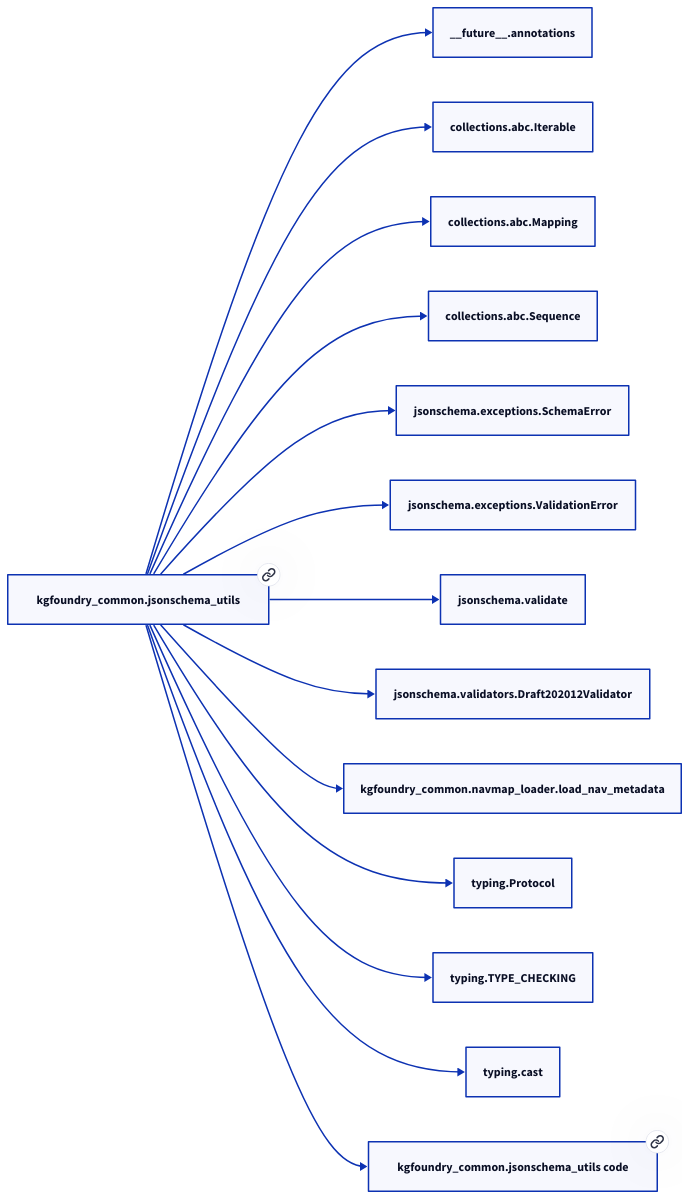
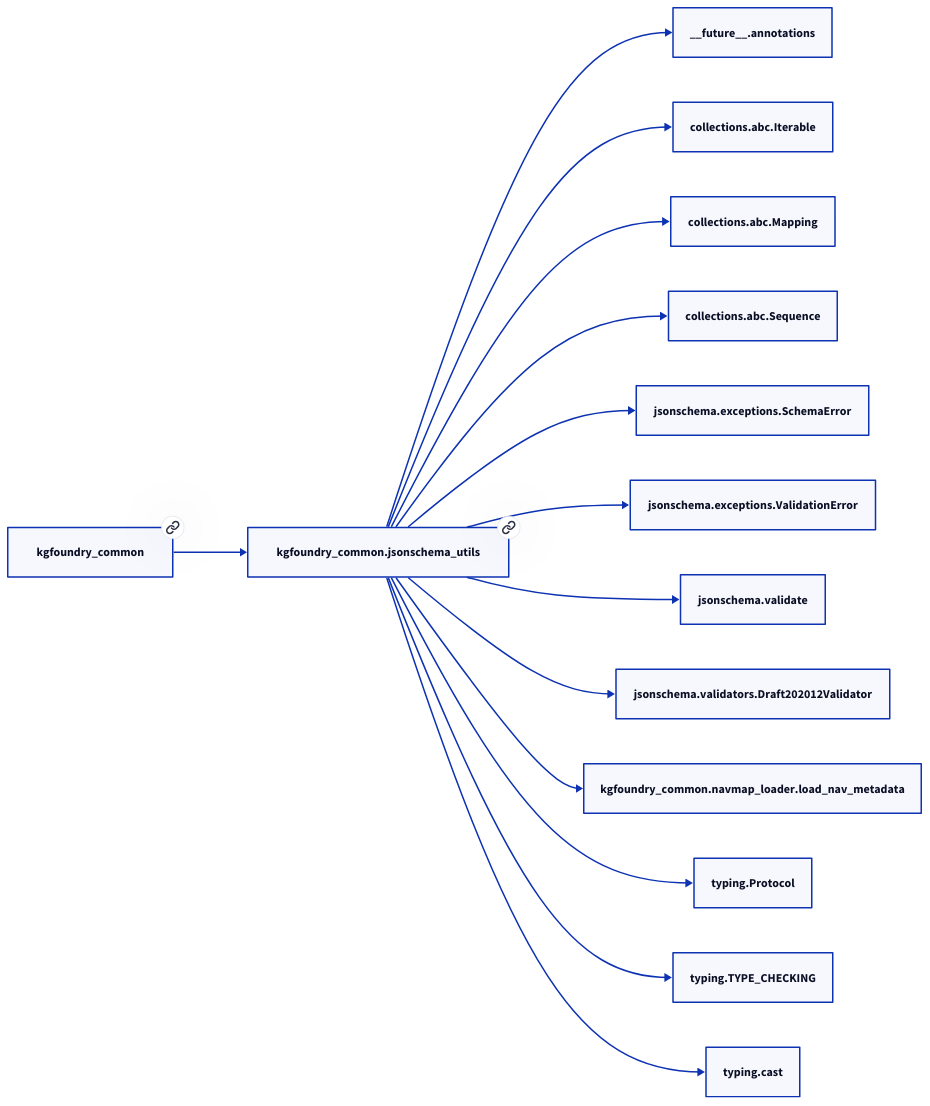
Before and after one commit to paul-heyse/kgforge: the second of 2 diagrams in docs/modules/kgfoundry_common/jsonschema_utils.md, drawn with D2. The commit also changed other lines of this file and 208 other files, not shown here.

````diff
--- a/docs/modules/kgfoundry_common/jsonschema_utils.md
+++ b/docs/modules/kgfoundry_common/jsonschema_utils.md
@@ -57,30 +61,30 @@
 ```d2
 direction: right
-"kgfoundry_common.jsonschema_utils": "kgfoundry_common.jsonschema_utils" { link: "./kgfoundry_common/jsonschema_utils.md" }
+"kgfoundry_common.jsonschema_utils": "kgfoundry_common.jsonschema_utils" { link: "https://github.com/paul-heyse/kgfoundry/blob/main/src/kgfoundry_common/jsonschema_utils.py" }
 "__future__.annotations": "__future__.annotations"
 "kgfoundry_common.jsonschema_utils" -> "__future__.annotations"
 "collections.abc.Iterable": "collections.abc.Iterable"
 "kgfoundry_common.jsonschema_utils" -> "collections.abc.Iterable"
 "collections.abc.Mapping": "collections.abc.Mapping"
 "kgfoundry_common.jsonschema_utils" -> "collections.abc.Mapping"
 "collections.abc.Sequence": "collections.abc.Sequence"
 "kgfoundry_common.jsonschema_utils" -> "collections.abc.Sequence"
 "jsonschema.exceptions.SchemaError": "jsonschema.exceptions.SchemaError"
 "kgfoundry_common.jsonschema_utils" -> "jsonschema.exceptions.SchemaError"
 "jsonschema.exceptions.ValidationError": "jsonschema.exceptions.ValidationError"
 "kgfoundry_common.jsonschema_utils" -> "jsonschema.exceptions.ValidationError"
 "jsonschema.validate": "jsonschema.validate"
 "kgfoundry_common.jsonschema_utils" -> "jsonschema.validate"
 "jsonschema.validators.Draft202012Validator": "jsonschema.validators.Draft202012Validator"
 "kgfoundry_common.jsonschema_utils" -> "jsonschema.validators.Draft202012Validator"
 "kgfoundry_common.navmap_loader.load_nav_metadata": "kgfoundry_common.navmap_loader.load_nav_metadata"
 "kgfoundry_common.jsonschema_utils" -> "kgfoundry_common.navmap_loader.load_nav_metadata"
 "typing.Protocol": "typing.Protocol"
 "kgfoundry_common.jsonschema_utils" -> "typing.Protocol"
 "typing.TYPE_CHECKING": "typing.TYPE_CHECKING"
 "kgfoundry_common.jsonschema_utils" -> "typing.TYPE_CHECKING"
 "typing.cast": "typing.cast"
 "kgfoundry_common.jsonschema_utils" -> "typing.cast"
-"kgfoundry_common.jsonschema_utils_code": "kgfoundry_common.jsonschema_utils code" { link: "https://github.com/kgfoundry/kgfoundry/blob/main/src/kgfoundry_common/jsonschema_utils.py" }
-"kgfoundry_common.jsonschema_utils" -> "kgfoundry_common.jsonschema_utils_code" { style: dashed }
+"kgfoundry_common": "kgfoundry_common" { link: "https://github.com/paul-heyse/kgfoundry/blob/main/src/kgfoundry_common/__init__.py" }
+"kgfoundry_common" -> "kgfoundry_common.jsonschema_utils" { style: dashed }
 ```
````
